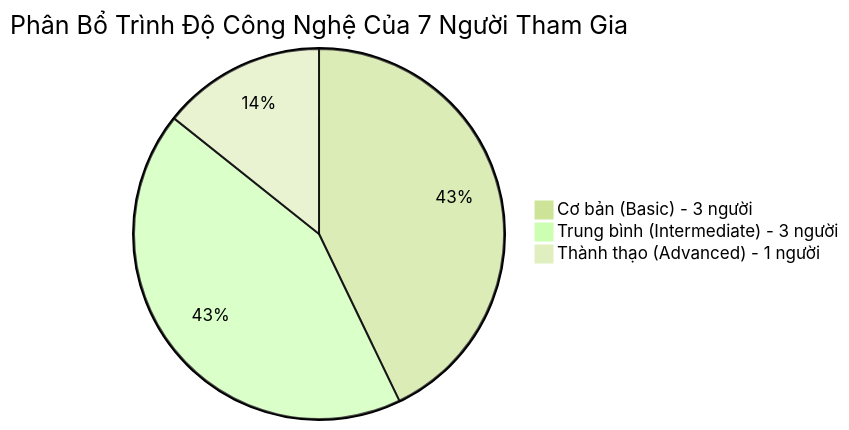
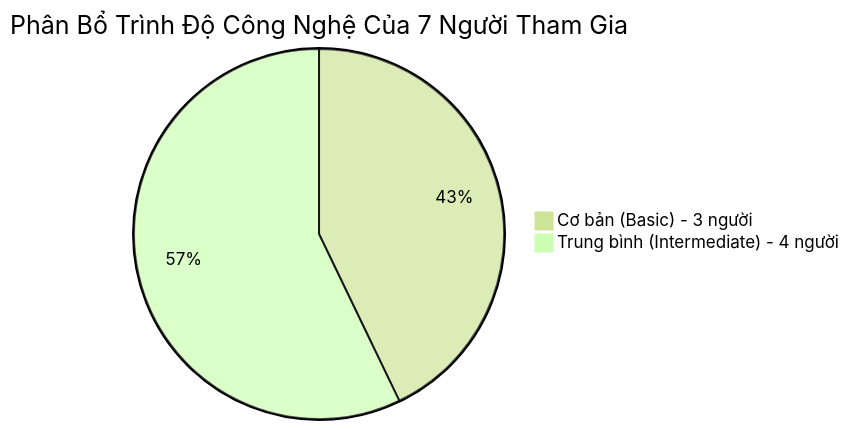
Before and after one commit to Hidebray/Homework-week03-SoftwareTesting: the first of 3 diagrams in usability/02_participants_and_pilot.md, drawn with Mermaid (forest theme). The commit also changed other lines of this file and 46 other files, not shown here.

````diff
--- a/usability/02_participants_and_pilot.md
+++ b/usability/02_participants_and_pilot.md
@@ -34,6 +34,5 @@
 ```mermaid
 pie title Phân Bổ Trình Độ Công Nghệ Của 7 Người Tham Gia
     "Cơ bản (Basic) - 3 người" : 3
-    "Trung bình (Intermediate) - 3 người" : 3
-    "Thành thạo (Advanced) - 1 người" : 1
+    "Trung bình (Intermediate) - 4 người" : 4
 ```
````
